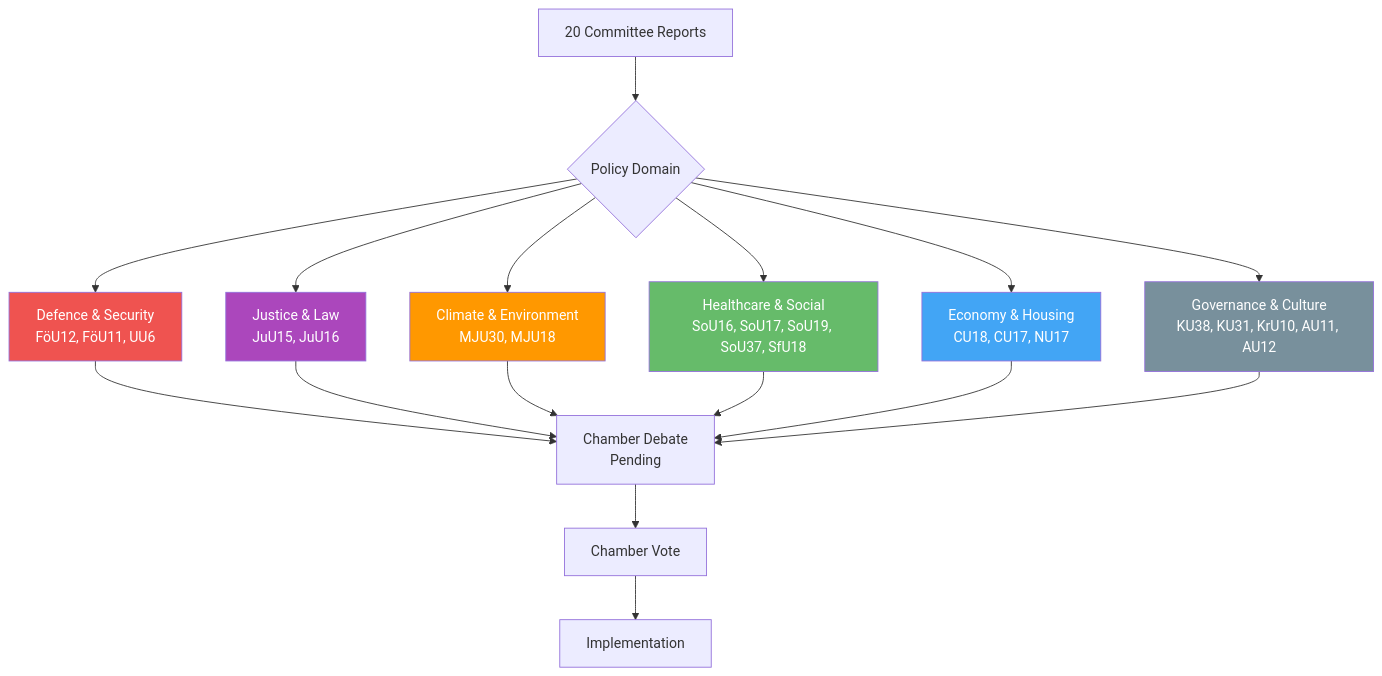
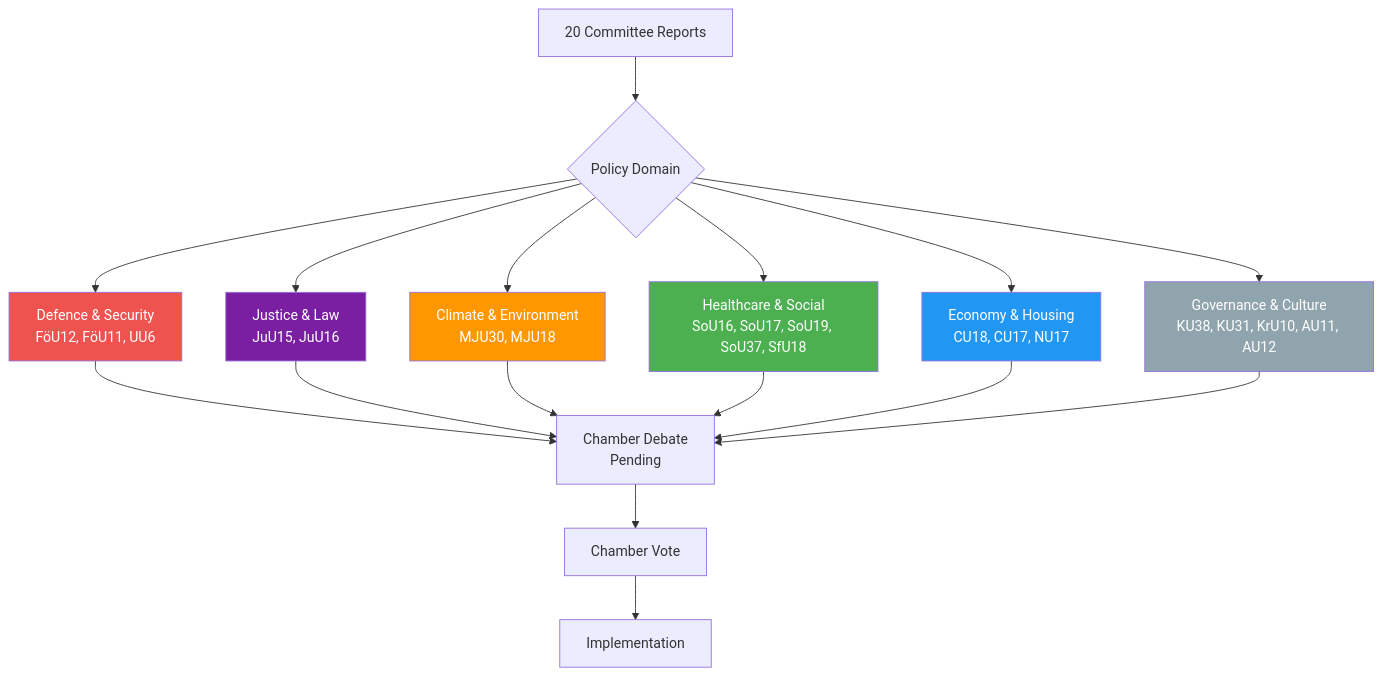
The diagram in analysis/daily/2026-04-08/committeeReports/swot-analysis.md (Hack23/riksdagsmonitor), drawn with Mermaid before and after one commit. The commit also changed 121 other files, not shown here.

````diff
--- a/analysis/daily/2026-04-08/committeeReports/swot-analysis.md
+++ b/analysis/daily/2026-04-08/committeeReports/swot-analysis.md
@@ -90,27 +90,27 @@
 ```mermaid
 flowchart TD
     A[20 Committee Reports] --> B{Policy Domain}
     B --> C[Defence & Security<br/>FöU12, FöU11, UU6]
     B --> D[Justice & Law<br/>JuU15, JuU16]
     B --> E[Climate & Environment<br/>MJU30, MJU18]
     B --> F[Healthcare & Social<br/>SoU16, SoU17, SoU19, SoU37, SfU18]
     B --> G[Economy & Housing<br/>CU18, CU17, NU17]
     B --> H[Governance & Culture<br/>KU38, KU31, KrU10, AU11, AU12]
     
     C --> I[Chamber Debate<br/>Pending]
     D --> I
     E --> I
     F --> I
     G --> I
     H --> I
     
     I --> J[Chamber Vote]
     J --> K[Implementation]
     
     style C fill:#EF5350,color:#FFFFFF
     style E fill:#FF9800,color:#FFFFFF
-    style F fill:#66bb6a,color:#FFFFFF
-    style G fill:#42a5f5,color:#FFFFFF
-    style D fill:#ab47bc,color:#FFFFFF
-    style H fill:#78909c,color:#FFFFFF
+    style F fill:#4CAF50,color:#FFFFFF
+    style G fill:#2196F3,color:#FFFFFF
+    style D fill:#7B1FA2,color:#FFFFFF
+    style H fill:#90A4AE,color:#FFFFFF
 ```
````
